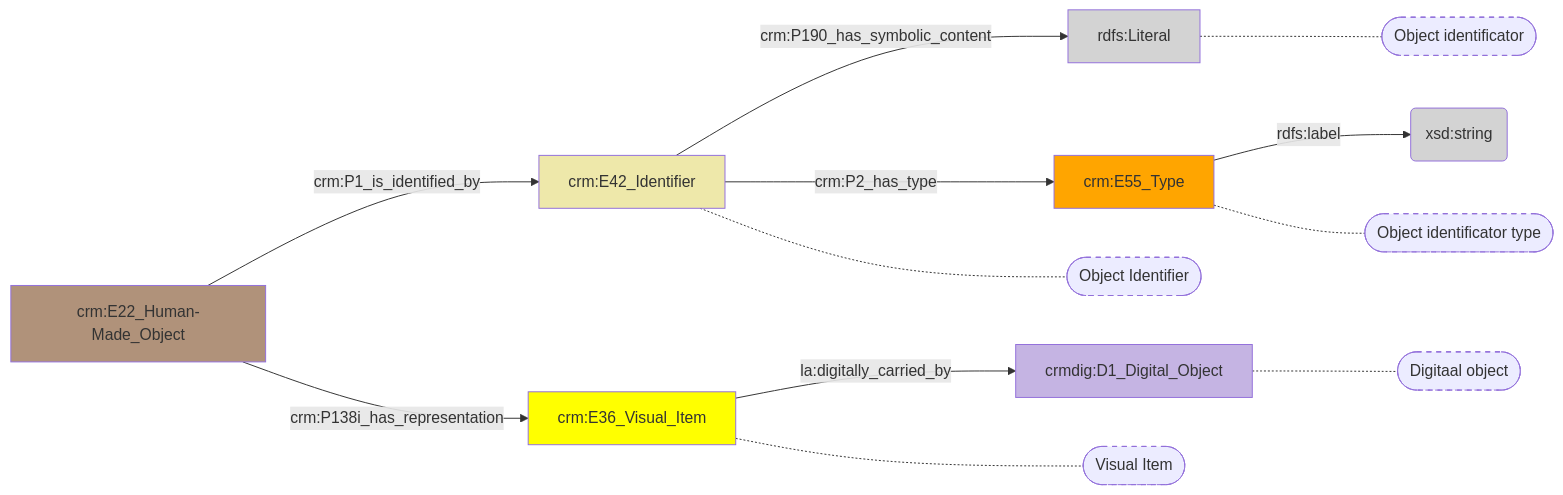
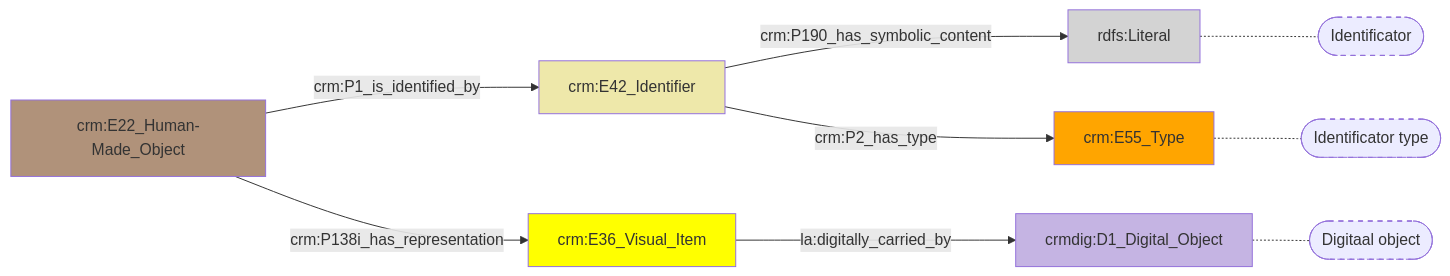
Before and after one commit to digipolisantwerpdocumentation/antwerp-cultureel-erfgoed: the diagram in docs/content/modellen/BibliographicalObject/Identificatie.md, drawn with Mermaid. The commit also changed 170 other files, not shown here.

````diff
--- a/docs/content/modellen/BibliographicalObject/Identificatie.md
+++ b/docs/content/modellen/BibliographicalObject/Identificatie.md
@@ -1,26 +1,20 @@
 ```mermaid
 graph LR
+style 099f196c-df80-11ed-9232-00163e71351b fill:#B0927A
+style 31fafa48-df80-11ed-9064-00163e71351b fill:#EEE8AA
+style 31faff2a-df80-11ed-9064-00163e71351b fill:#D3D3D3
+style 31fb00ec-df80-11ed-9064-00163e71351b fill:#ffa500
+style 643c66b8-df80-11ed-9655-00163e71351b fill:#ffff00
+style 643c6a00-df80-11ed-9655-00163e71351b fill:#C5B4E3
 31fafa48-df80-11ed-9064-00163e71351b["crm:E42_Identifier"]-->|"crm:P190_has_symbolic_content"|31faff2a-df80-11ed-9064-00163e71351b(rdfs:Literal)
-31fb00ec-df80-11ed-9064-00163e71351b["crm:E55_Type"]-->|"rdfs:label"|31fb051a-df80-11ed-9064-00163e71351b(xsd:string)
 099f196c-df80-11ed-9232-00163e71351b["crm:E22_Human-Made_Object"]-->|"crm:P1_is_identified_by"|31fafa48-df80-11ed-9064-00163e71351b["crm:E42_Identifier"]
 099f196c-df80-11ed-9232-00163e71351b["crm:E22_Human-Made_Object"]-->|"crm:P138i_has_representation"|643c66b8-df80-11ed-9655-00163e71351b["crm:E36_Visual_Item"]
 31fafa48-df80-11ed-9064-00163e71351b["crm:E42_Identifier"]-->|"crm:P2_has_type"|31fb00ec-df80-11ed-9064-00163e71351b["crm:E55_Type"]
 643c66b8-df80-11ed-9655-00163e71351b["crm:E36_Visual_Item"]-->|"la:digitally_carried_by"|643c6a00-df80-11ed-9655-00163e71351b["crmdig:D1_Digital_Object"]
-31fafa48-df80-11ed-9064-00163e71351b["crm:E42_Identifier"]-.-31fafa48-df80-11ed-9064-00163e71351b_s(["Object Identifier"])
-643c66b8-df80-11ed-9655-00163e71351b["crm:E36_Visual_Item"]-.-643c66b8-df80-11ed-9655-00163e71351b_s(["Visual Item"])
-31faff2a-df80-11ed-9064-00163e71351b["rdfs:Literal"]-.-31faff2a-df80-11ed-9064-00163e71351b_s(["Object identificator"])
-31fb00ec-df80-11ed-9064-00163e71351b["crm:E55_Type"]-.-31fb00ec-df80-11ed-9064-00163e71351b_s(["Object identificator type"])
+31faff2a-df80-11ed-9064-00163e71351b["rdfs:Literal"]-.-31faff2a-df80-11ed-9064-00163e71351b_s(["Identificator"])
+31fb00ec-df80-11ed-9064-00163e71351b["crm:E55_Type"]-.-31fb00ec-df80-11ed-9064-00163e71351b_s(["Identificator type"])
 643c6a00-df80-11ed-9655-00163e71351b["crmdig:D1_Digital_Object"]-.-643c6a00-df80-11ed-9655-00163e71351b_s(["Digitaal object"])
-style 31fafa48-df80-11ed-9064-00163e71351b_s stroke-dasharray: 5
-style 643c66b8-df80-11ed-9655-00163e71351b_s stroke-dasharray: 5
 style 31faff2a-df80-11ed-9064-00163e71351b_s stroke-dasharray: 5
 style 31fb00ec-df80-11ed-9064-00163e71351b_s stroke-dasharray: 5
 style 643c6a00-df80-11ed-9655-00163e71351b_s stroke-dasharray: 5
-style 099f196c-df80-11ed-9232-00163e71351b fill:#B0927A
-style 31fafa48-df80-11ed-9064-00163e71351b fill:#EEE8AA
-style 31faff2a-df80-11ed-9064-00163e71351b fill:#D3D3D3
-style 31fb00ec-df80-11ed-9064-00163e71351b fill:#ffa500
-style 31fb051a-df80-11ed-9064-00163e71351b fill:#D3D3D3
-style 643c66b8-df80-11ed-9655-00163e71351b fill:#ffff00
-style 643c6a00-df80-11ed-9655-00163e71351b fill:#C5B4E3
 ```
````
